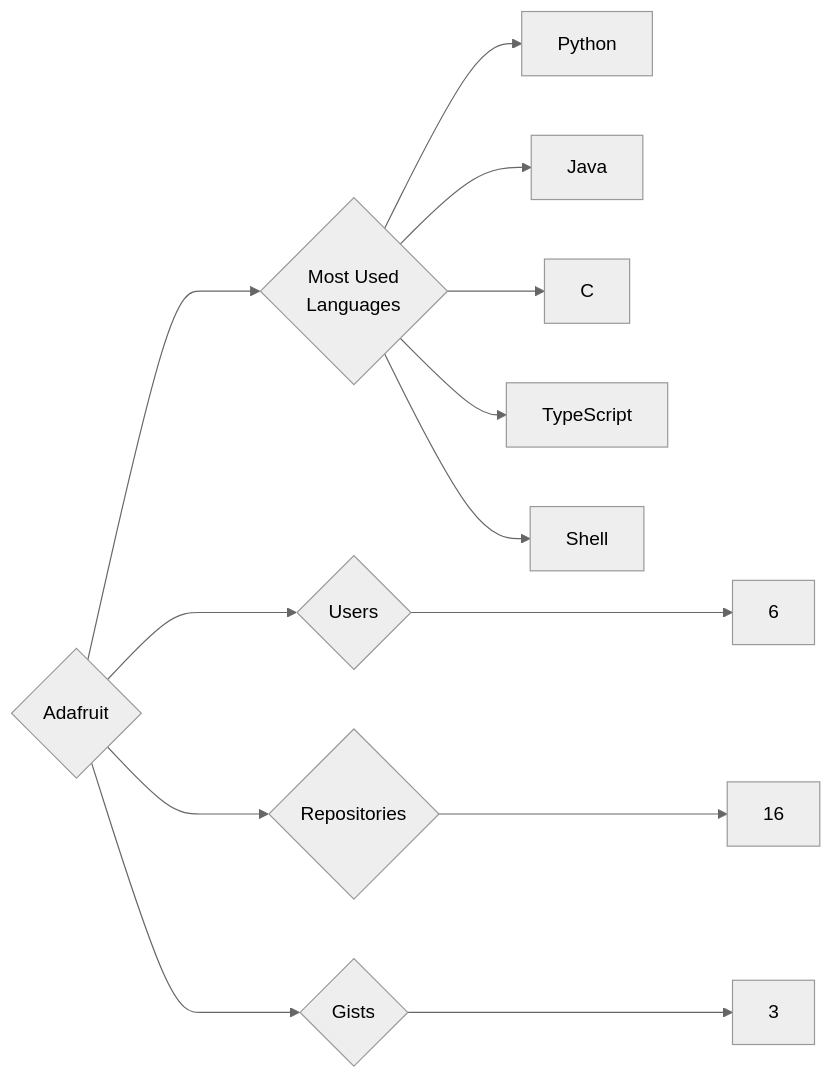
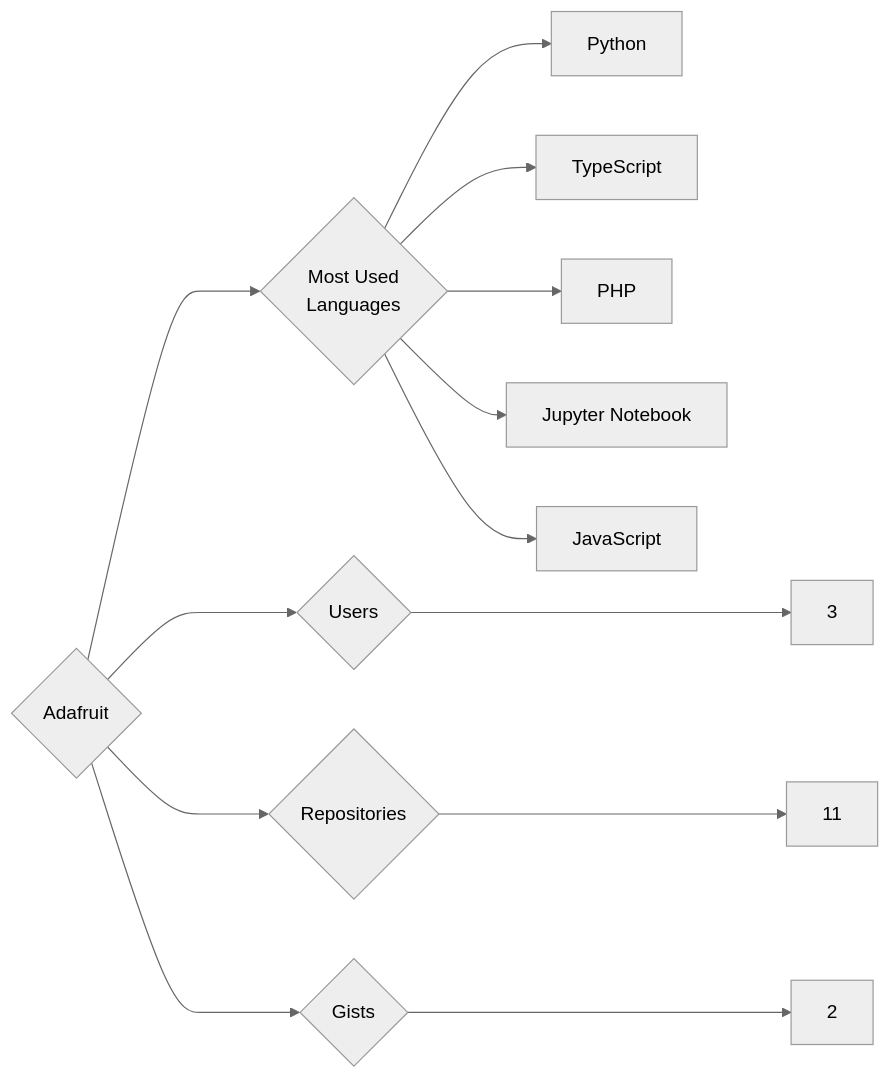
Before and after one commit to trickest/insiders: the diagram in targets/Adafruit/README.md, drawn with Mermaid (neutral theme). The commit also changed 1088 other files, not shown here.

````diff
--- a/targets/Adafruit/README.md
+++ b/targets/Adafruit/README.md
@@ -3,13 +3,13 @@
 ```mermaid
 graph LR
 COMPANY_NAME{Adafruit}
-COMPANY_NAME ---> U{Users} ---> UN[6]
-COMPANY_NAME ---> R{Repositories} ---> RN[16]
-COMPANY_NAME ---> G{Gists} ---> GN[3]
+COMPANY_NAME ---> U{Users} ---> UN[3]
+COMPANY_NAME ---> R{Repositories} ---> RN[11]
+COMPANY_NAME ---> G{Gists} ---> GN[2]
 COMPANY_NAME ---> ML{Most Used<br>Languages}
 ML --> Python[Python]
-ML --> Java[Java]
-ML --> C[C]
 ML --> TypeScript[TypeScript]
-ML --> Shell[Shell]
+ML --> PHP[PHP]
+ML --> Jupyter_Notebook[Jupyter Notebook]
+ML --> JavaScript[JavaScript]
 ```
````
